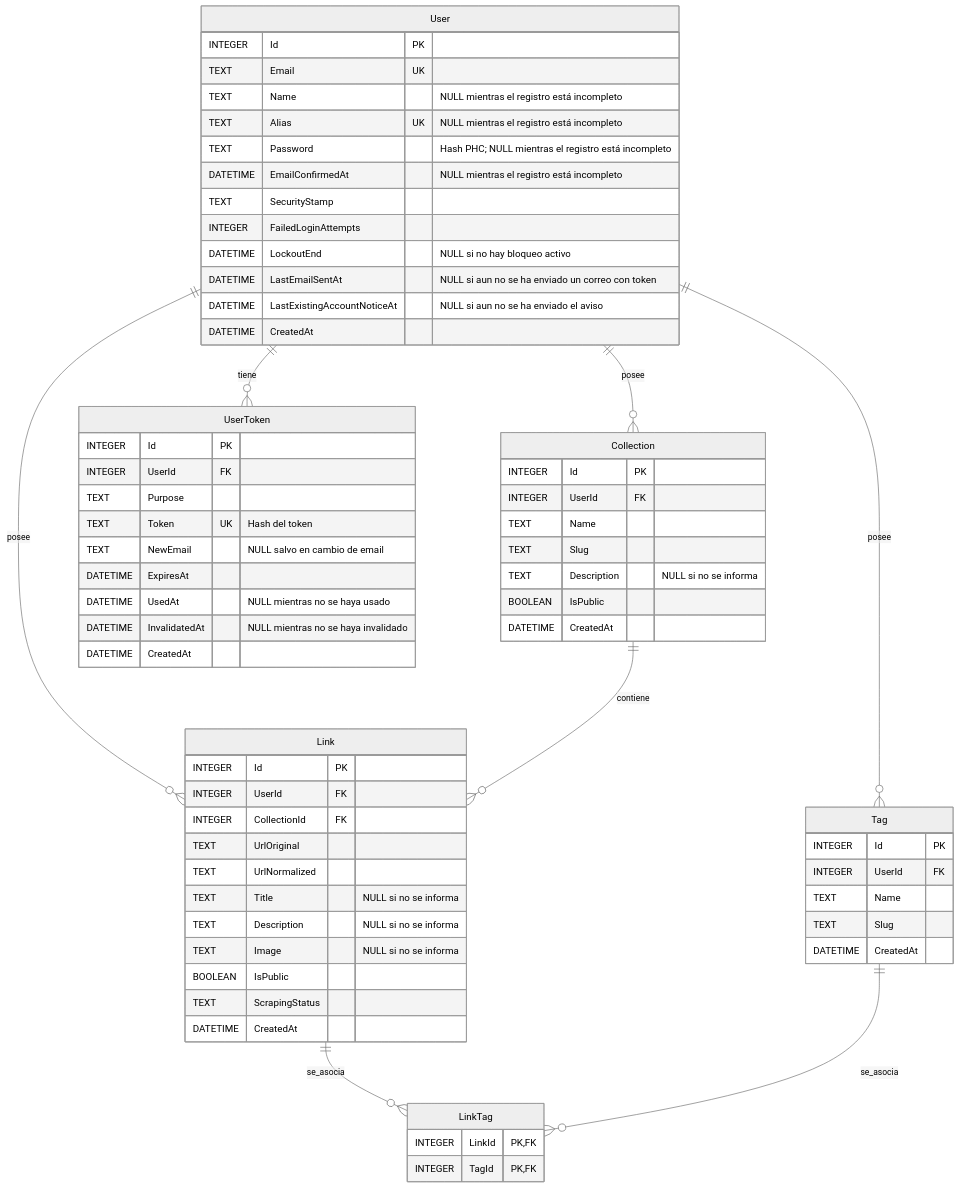
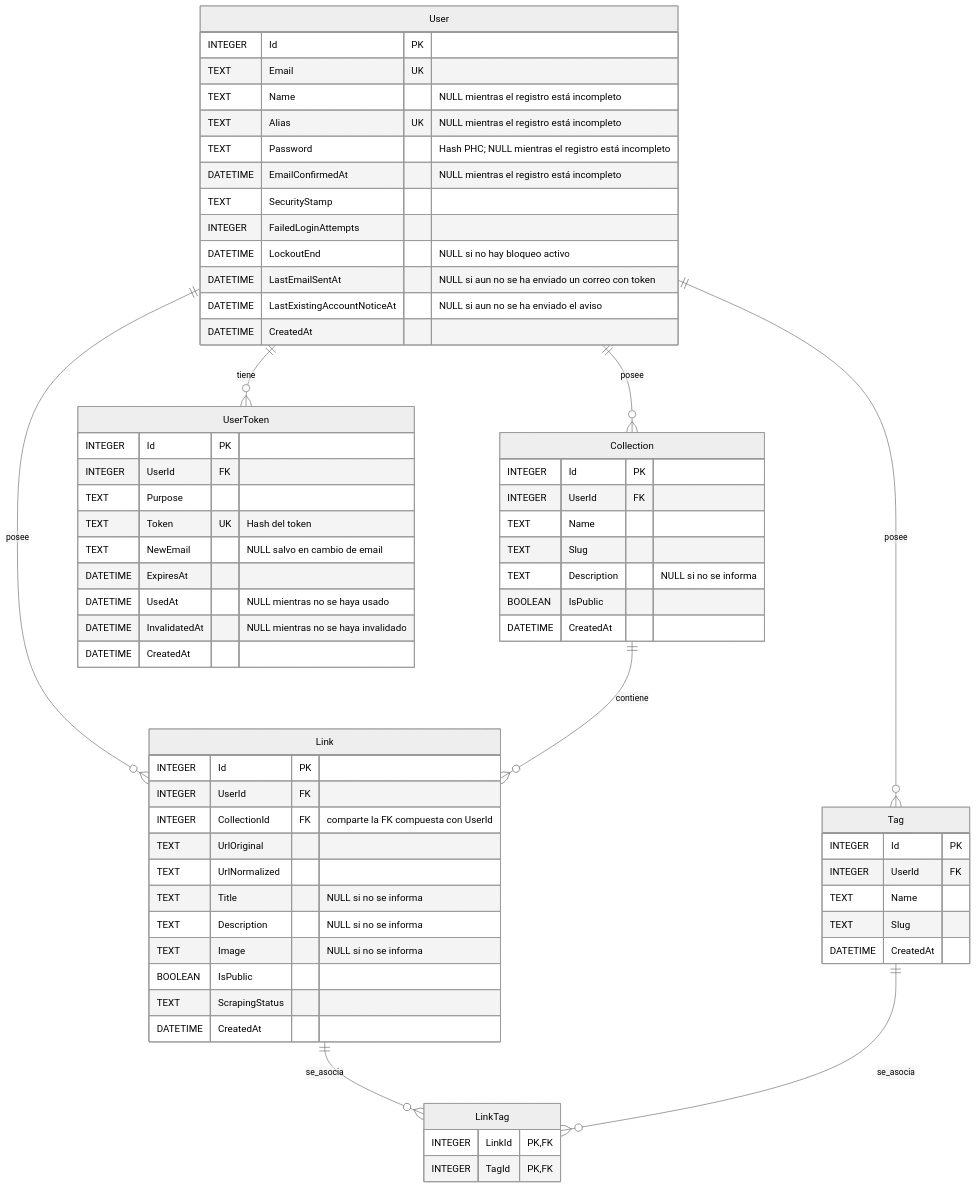
The diagram in context/diagrams/er-diagram.md (DaveSoftDev/Linkubator), drawn with Mermaid (neutral theme) before and after one commit. The commit also changed other lines of this file and 17 other files, not shown here.

````diff
--- a/context/diagrams/er-diagram.md
+++ b/context/diagrams/er-diagram.md
@@ -7,74 +9,74 @@
 ```mermaid
 erDiagram
     User {
         INTEGER Id PK
         TEXT Email UK
         TEXT Name "NULL mientras el registro está incompleto"
         TEXT Alias UK "NULL mientras el registro está incompleto"
         TEXT Password "Hash PHC; NULL mientras el registro está incompleto"
         DATETIME EmailConfirmedAt "NULL mientras el registro está incompleto"
         TEXT SecurityStamp
         INTEGER FailedLoginAttempts
         DATETIME LockoutEnd "NULL si no hay bloqueo activo"
         DATETIME LastEmailSentAt "NULL si aun no se ha enviado un correo con token"
         DATETIME LastExistingAccountNoticeAt "NULL si aun no se ha enviado el aviso"
         DATETIME CreatedAt
     }
 
     Collection {
         INTEGER Id PK
         INTEGER UserId FK
         TEXT Name
         TEXT Slug
         TEXT Description "NULL si no se informa"
         BOOLEAN IsPublic
         DATETIME CreatedAt
     }
 
     Link {
         INTEGER Id PK
         INTEGER UserId FK
-        INTEGER CollectionId FK
+        INTEGER CollectionId FK "comparte la FK compuesta con UserId"
         TEXT UrlOriginal
         TEXT UrlNormalized
         TEXT Title "NULL si no se informa"
         TEXT Description "NULL si no se informa"
         TEXT Image "NULL si no se informa"
         BOOLEAN IsPublic
         TEXT ScrapingStatus
         DATETIME CreatedAt
     }
 
     Tag {
         INTEGER Id PK
         INTEGER UserId FK
         TEXT Name
         TEXT Slug
         DATETIME CreatedAt
     }
 
     LinkTag {
         INTEGER LinkId PK, FK
         INTEGER TagId PK, FK
     }
 
     UserToken {
         INTEGER Id PK
         INTEGER UserId FK
         TEXT Purpose
         TEXT Token UK "Hash del token"
         TEXT NewEmail "NULL salvo en cambio de email"
         DATETIME ExpiresAt
         DATETIME UsedAt "NULL mientras no se haya usado"
         DATETIME InvalidatedAt "NULL mientras no se haya invalidado"
         DATETIME CreatedAt
     }
 
     User ||--o{ Collection : posee
     User ||--o{ Link : posee
     User ||--o{ Tag : posee
     User ||--o{ UserToken : tiene
     Collection ||--o{ Link : contiene
     Link ||--o{ LinkTag : se_asocia
     Tag ||--o{ LinkTag : se_asocia
 ```
````
